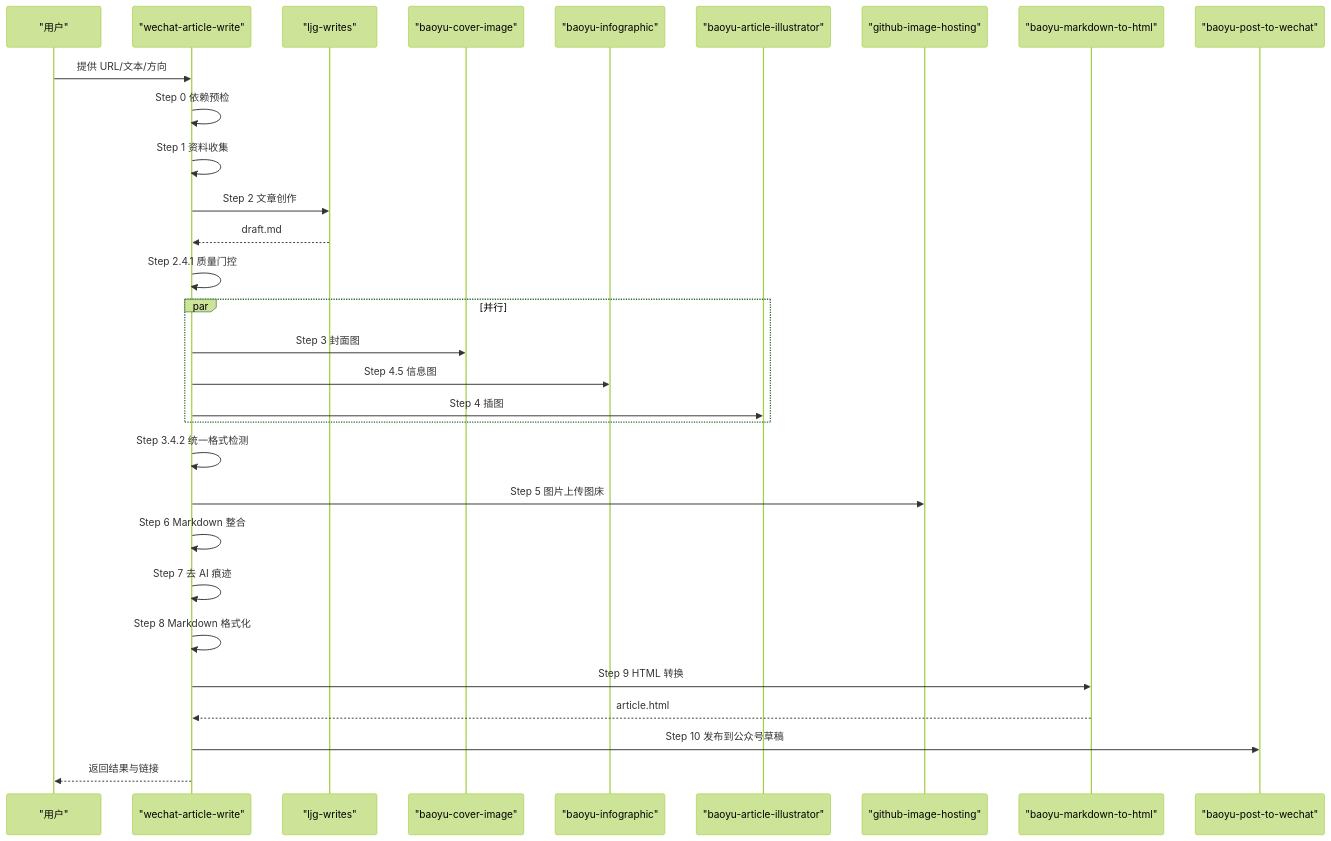
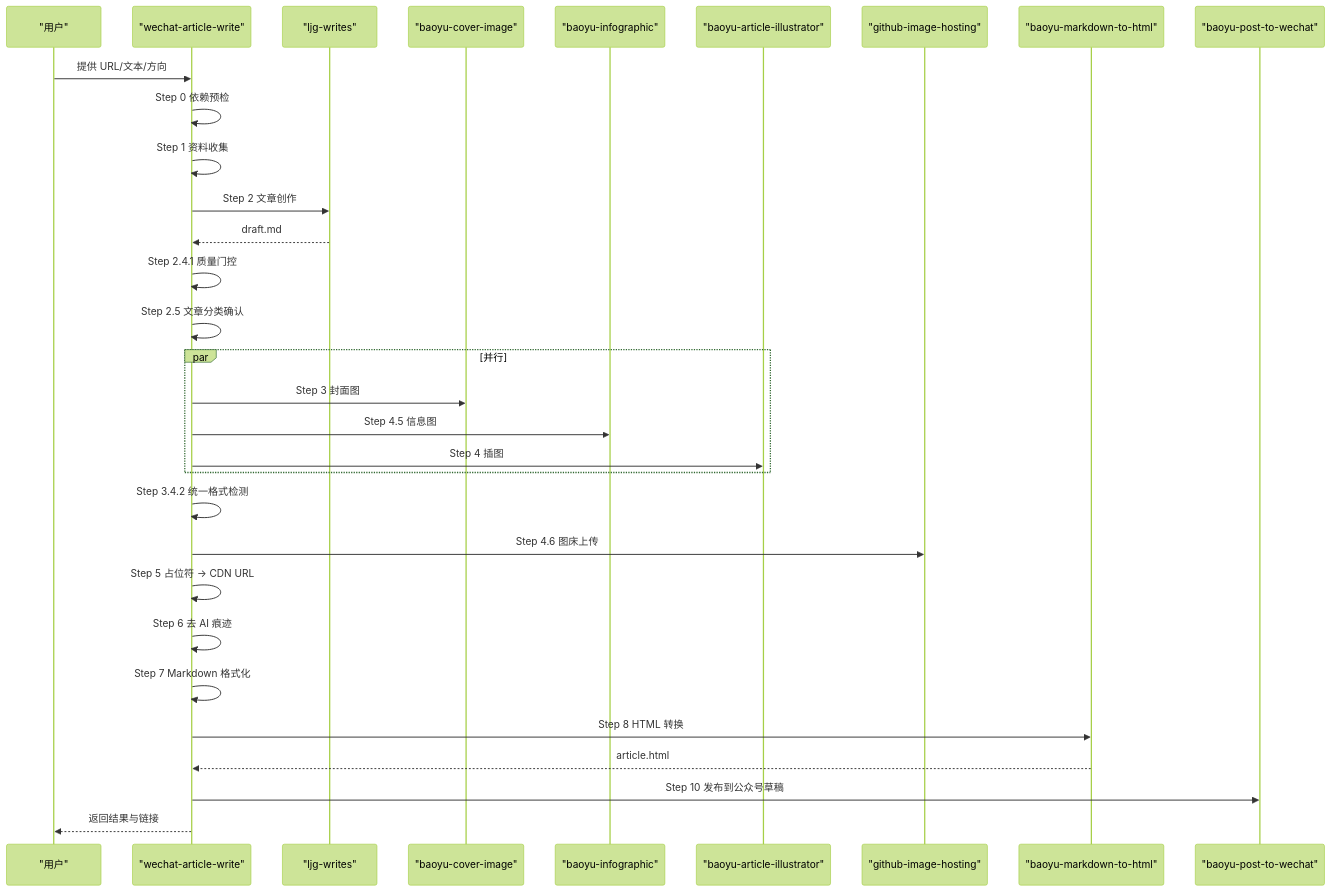
One commit to NTLx/ntlx.github.io changed the fourth of 7 diagrams in .qoder/repowiki/zh/content/项目概述.md. Above: the diagram before and after it, drawn with Mermaid (forest theme). The commit also changed other lines of this file and 8 other files, not shown here.

````diff
--- a/.qoder/repowiki/zh/content/项目概述.md
+++ b/.qoder/repowiki/zh/content/项目概述.md
@@ -262,32 +275,33 @@
 ```mermaid
 sequenceDiagram
 participant U as "用户"
 participant W as "wechat-article-write"
 participant L as "ljg-writes"
 participant C as "baoyu-cover-image"
 participant I as "baoyu-infographic"
 participant A as "baoyu-article-illustrator"
 participant G as "github-image-hosting"
 participant H as "baoyu-markdown-to-html"
 participant P as "baoyu-post-to-wechat"
 U->>W : 提供 URL/文本/方向
 W->>W : Step 0 依赖预检
 W->>W : Step 1 资料收集
 W->>L : Step 2 文章创作
 L-->>W : draft.md
 W->>W : Step 2.4.1 质量门控
+W->>W : Step 2.5 文章分类确认
 par 并行
 W->>C : Step 3 封面图
 W->>I : Step 4.5 信息图
 W->>A : Step 4 插图
 end
 W->>W : Step 3.4.2 统一格式检测
-W->>G : Step 5 图片上传图床
-W->>W : Step 6 Markdown 整合
-W->>W : Step 7 去 AI 痕迹
-W->>W : Step 8 Markdown 格式化
-W->>H : Step 9 HTML 转换
+W->>G : Step 4.6 图床上传
+W->>W : Step 5 占位符 → CDN URL
+W->>W : Step 6 去 AI 痕迹
+W->>W : Step 7 Markdown 格式化
+W->>H : Step 8 HTML 转换
 H-->>W : article.html
 W->>P : Step 10 发布到公众号草稿
 W-->>U : 返回结果与链接
 ```
````
